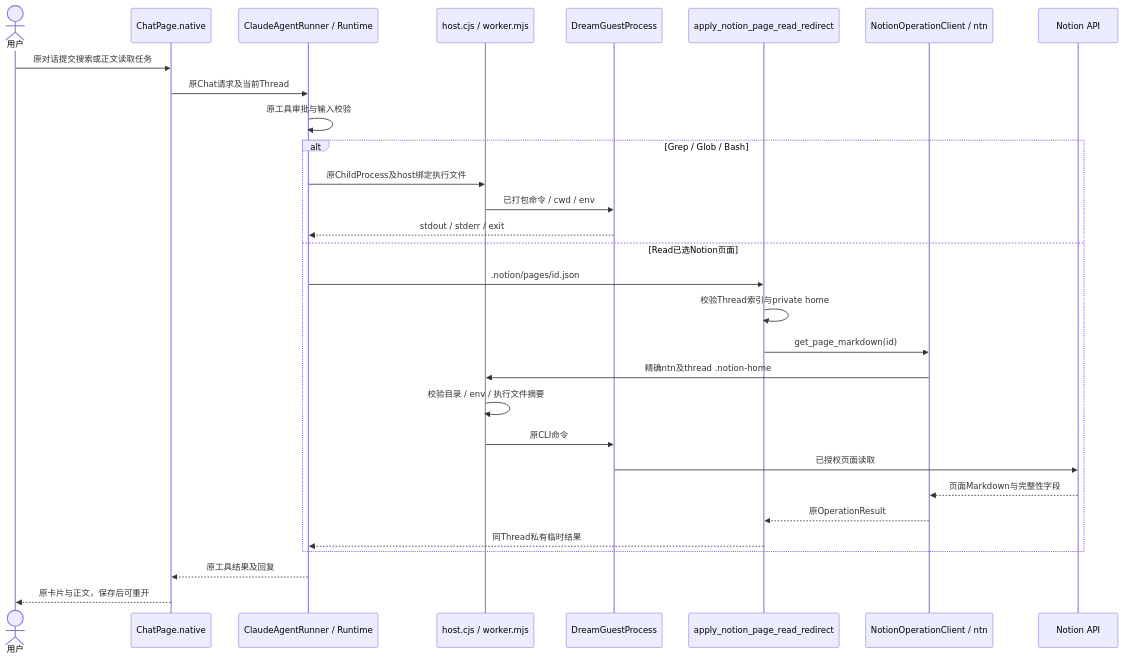
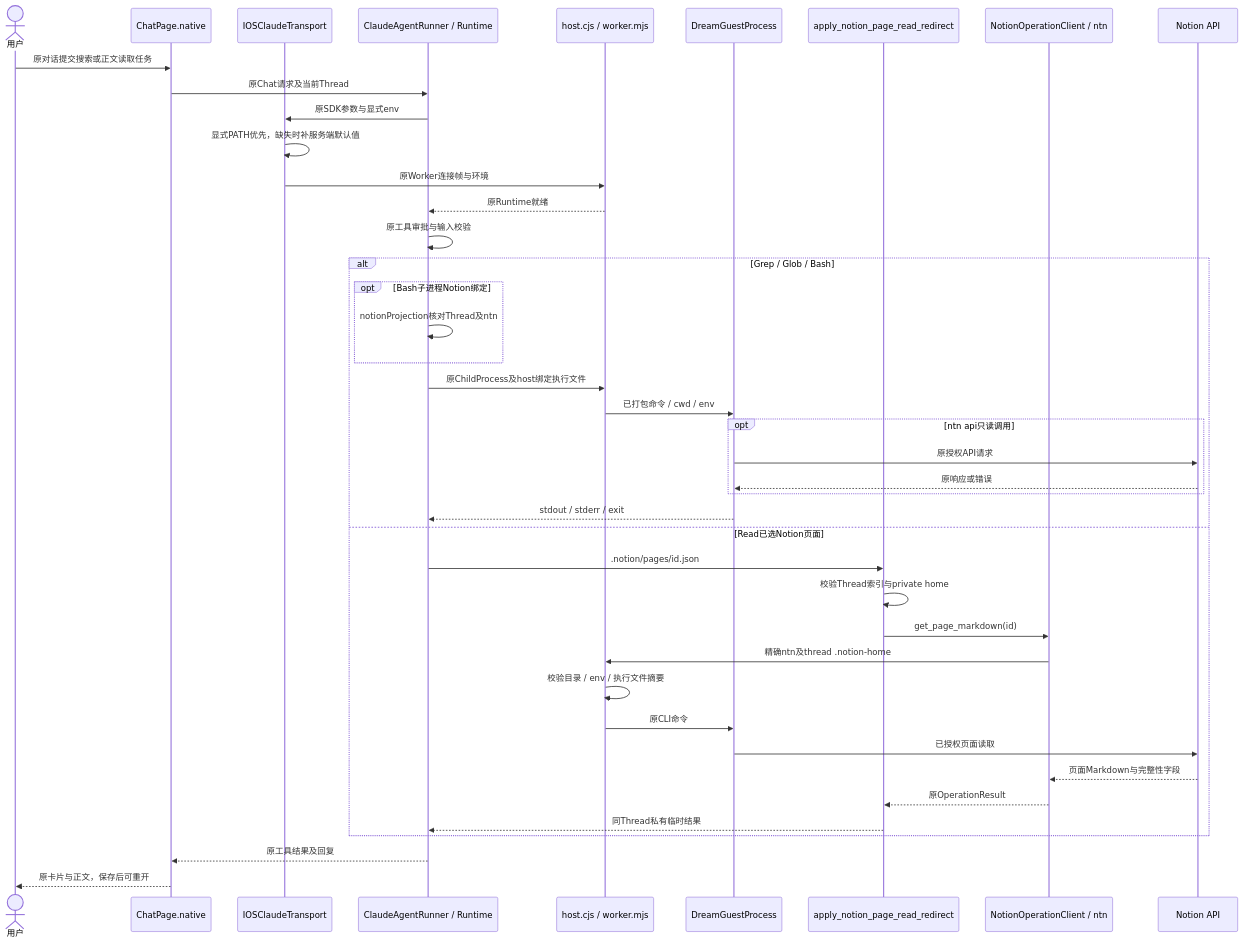
Diagram 33 of 35 in docs/design/multi-platform/mobile-ios-interaction.md (glide-the/im-dream), drawn with Mermaid before and after one commit. The commit also changed other lines of this file and 308 other files, not shown here.

````diff
--- a/docs/design/multi-platform/mobile-ios-interaction.md
+++ b/docs/design/multi-platform/mobile-ios-interaction.md
@@ -1367,32 +1369,44 @@
 ```mermaid
 sequenceDiagram
     actor U as 用户
     participant UI as ChatPage.native
+    participant T as IOSClaudeTransport
     participant R as ClaudeAgentRunner / Runtime
     participant H as host.cjs / worker.mjs
     participant G as DreamGuestProcess
     participant P as apply_notion_page_read_redirect
     participant N as NotionOperationClient / ntn
     participant API as Notion API
     U->>UI: 原对话提交搜索或正文读取任务
     UI->>R: 原Chat请求及当前Thread
+    R->>T: 原SDK参数与显式env
+    T->>T: 显式PATH优先，缺失时补服务端默认值
+    T->>H: 原Worker连接帧与环境
+    H-->>R: 原Runtime就绪
     R->>R: 原工具审批与输入校验
     alt Grep / Glob / Bash
+        opt Bash子进程Notion绑定
+            R->>R: notionProjection核对Thread及ntn
+        end
         R->>H: 原ChildProcess及host绑定执行文件
         H->>G: 已打包命令 / cwd / env
+        opt ntn api只读调用
+            G->>API: 原授权API请求
+            API-->>G: 原响应或错误
+        end
         G-->>R: stdout / stderr / exit
     else Read已选Notion页面
         R->>P: .notion/pages/id.json
         P->>P: 校验Thread索引与private home
         P->>N: get_page_markdown(id)
         N->>H: 精确ntn及thread .notion-home
         H->>H: 校验目录 / env / 执行文件摘要
         H->>G: 原CLI命令
         G->>API: 已授权页面读取
         API-->>N: 页面Markdown与完整性字段
         N-->>P: 原OperationResult
         P-->>R: 同Thread私有临时结果
     end
     R-->>UI: 原工具结果及回复
     UI-->>U: 原卡片与正文，保存后可重开
 ```
````
